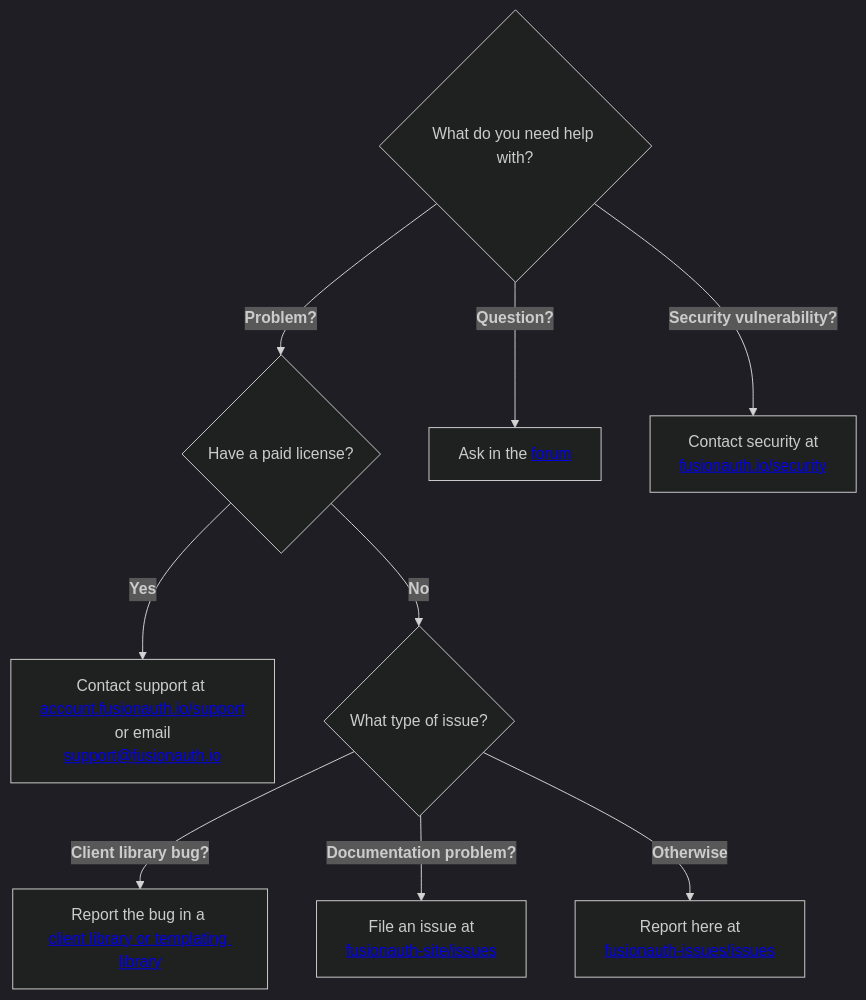
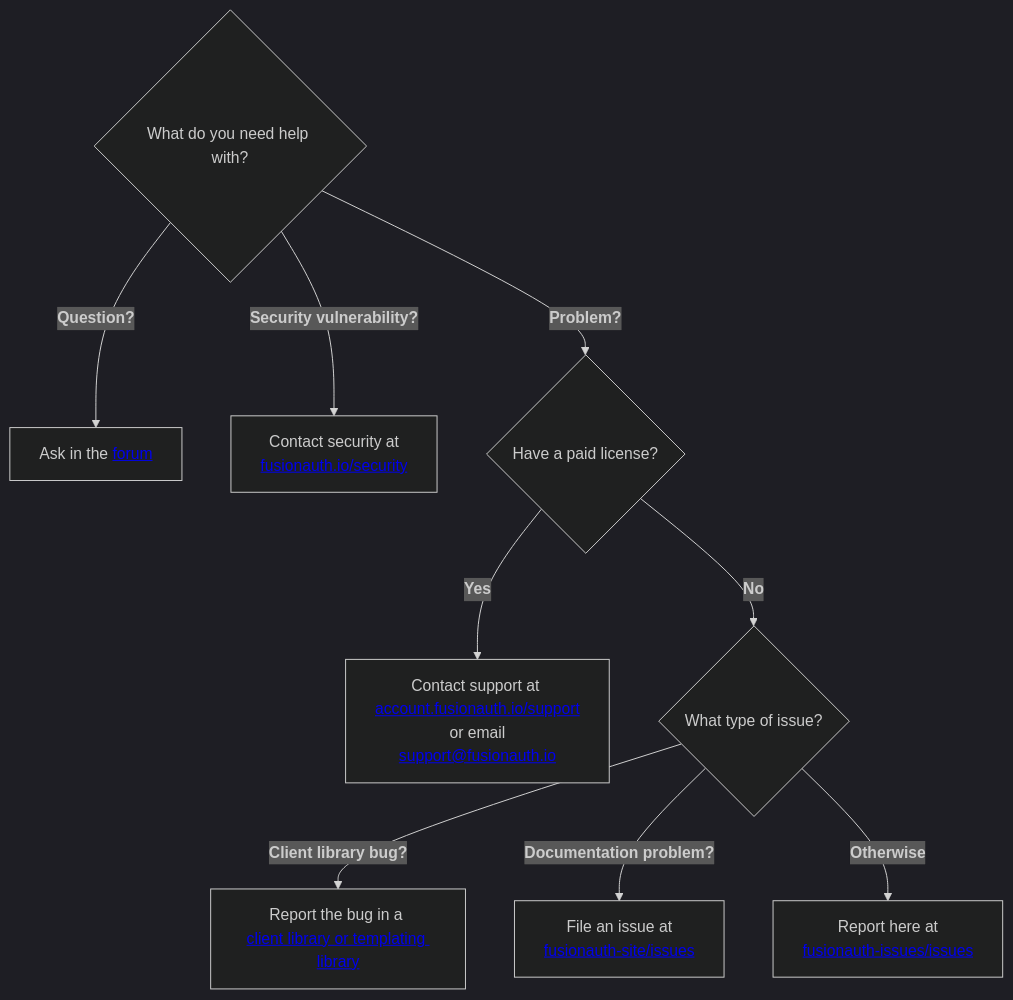
Before and after one commit to FusionAuth/fusionauth-issues: the diagram in README.md, drawn with Mermaid (dark theme).

Commit message:
Fix link to client library bugs -- must be full link from mermaid diagrams, not relative

````diff
--- a/README.md
+++ b/README.md
@@ -5,15 +5,15 @@
 ```mermaid
 flowchart TD
     Start{What do you need help with?}
 
+    Start -->|<b>Question?</b>| Forum[Ask in the <a href="https://fusionauth.io/community/forum/">forum</a>]
+    Start -->|<b>Security vulnerability?</b>| SecurityNode[Contact security at <br><a href="https://fusionauth.io/security">fusionauth.io/security</a>]
+    Start -->|<b>Problem?</b>| LicenseCheck{Have a paid license?}
+
     LicenseCheck -->|<b>Yes</b>| Support[Contact support at <br><a href="https://account.fusionauth.io/account/support/">account.fusionauth.io/support</a><br> or email <a href="mailto:support@fusionauth.io">support@fusionauth.io</a>]
     LicenseCheck -->|<b>No</b>| IssueType{What type of issue?}
     
-    IssueType -->|<b>Client library bug?</b>| ClientNode[Report the bug in a <br><a href="#client-library-bugs">client library or templating library</a>]
+    IssueType -->|<b>Client library bug?</b>| ClientNode[Report the bug in a <br><a href="https://github.com/FusionAuth/fusionauth-issues#client-library-bugs">client library or templating library</a>]
     IssueType -->|<b>Documentation problem?</b>| DocsNode[File an issue at <br><a href="https://github.com/FusionAuth/fusionauth-site/issues">fusionauth-site/issues</a>]
     IssueType -->|<b>Otherwise</b>| ReportNode[Report here at <br><a href="https://github.com/FusionAuth/fusionauth-issues/issues/new/choose">fusionauth-issues/issues</a>]
-
-    Start -->|<b>Question?</b>| Forum[Ask in the <a href="https://fusionauth.io/community/forum/">forum</a>]
-    Start -->|<b>Security vulnerability?</b>| SecurityNode[Contact security at <br><a href="https://fusionauth.io/security">fusionauth.io/security</a>]
-    Start -->|<b>Problem?</b>| LicenseCheck{Have a paid license?}
 ```
````
